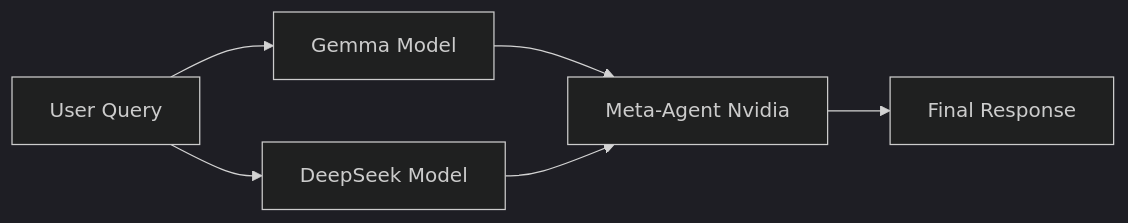
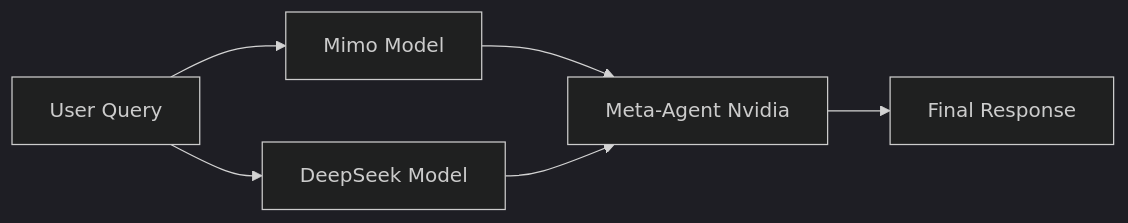
Before and after one commit to gaurabhkr/LLM_Meta-Agent: the diagram in README.md, drawn with Mermaid (dark theme). The commit also changed other lines of this file, not shown here.

Commit message:
Update README to reflect Mimo branding

````diff
--- a/README.md
+++ b/README.md
@@ -32,8 +32,8 @@
 ```mermaid
 graph LR
-    A[User Query] --> B[Gemma Model]
+    A[User Query] --> B[Mimo Model]
     A --> C[DeepSeek Model]
     B --> D[Meta-Agent Nvidia]
     C --> D
     D --> E[Final Response]
 ```
````
